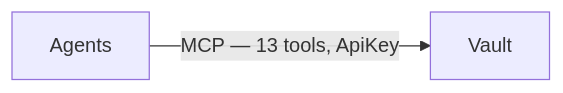
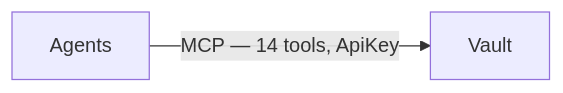
One commit to dgraziosi/foundation changed the ninth of 10 diagrams in docs/ARCHITECTURE.md. Above: the diagram before and after it, drawn with Mermaid. The commit also changed other lines of this file and 6 other files, not shown here.

````diff
--- a/docs/ARCHITECTURE.md
+++ b/docs/ARCHITECTURE.md
@@ -222,4 +227,4 @@
 ```mermaid
 flowchart LR
-  agents["Agents"] -->|"MCP — 13 tools, ApiKey"| vault["Vault"]
+  agents["Agents"] -->|"MCP — 14 tools, ApiKey"| vault["Vault"]
 ```
````
